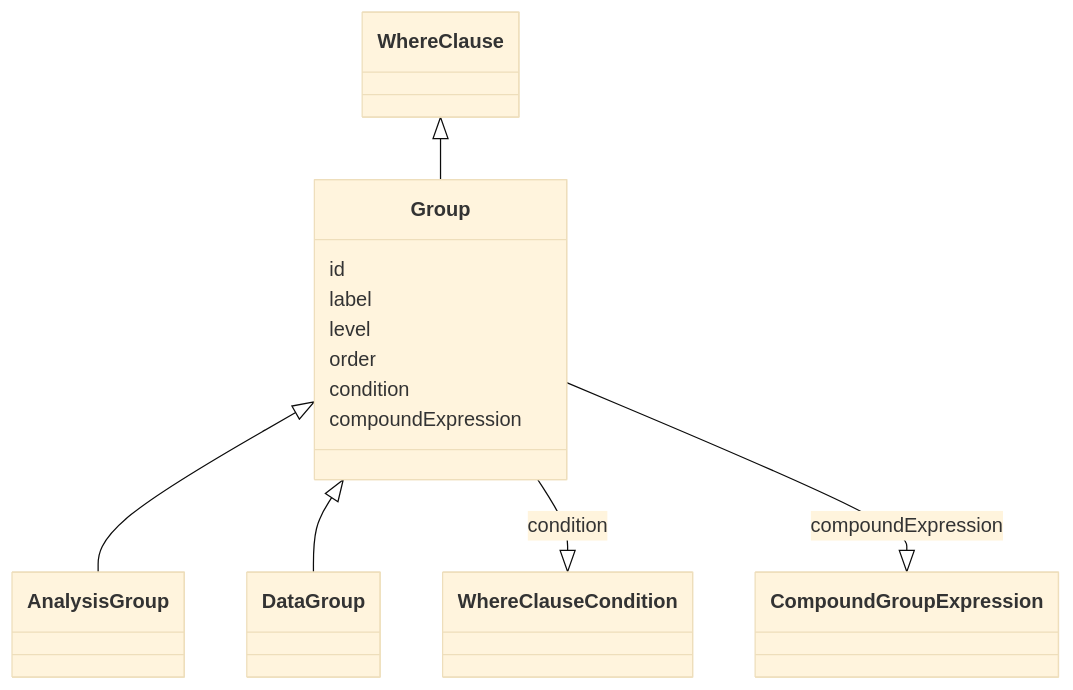
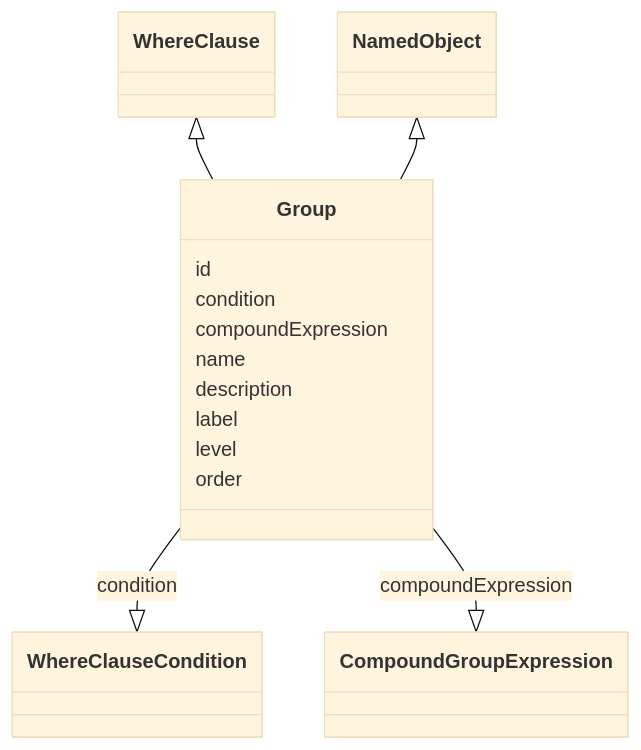
One commit to cdisc-org/analysis-results-standard changed the diagram in project/docs/Group.md. Above: the diagram before and after it, drawn with Mermaid (base theme). The commit also changed other lines of this file and 174 other files, not shown here.

````diff
--- a/project/docs/Group.md
+++ b/project/docs/Group.md
@@ -12,23 +13,17 @@
 ```mermaid
  classDiagram
     class Group
-      WhereClause <|-- Group
-      Group <|-- AnalysisGroup
-      Group <|-- DataGroup
-            
+      WhereClause <|-- Group        
+      NamedObject <|-- Group        
       Group : id
+        Group : condition
+        Group --|> WhereClauseCondition : condition
+        Group : compoundExpression
+        Group --|> CompoundGroupExpression : compoundExpression
+        Group : name
+        Group : description
+        Group : label
+        Group : level
+        Group : order
         
-      Group : label
-        
-      Group : level
-        
-      Group : order
-        
-      Group : condition
-        Group --|> WhereClauseCondition : condition
-        
-      Group : compoundExpression
-        Group --|> CompoundGroupExpression : compoundExpression
-        
-      
 ```
````
